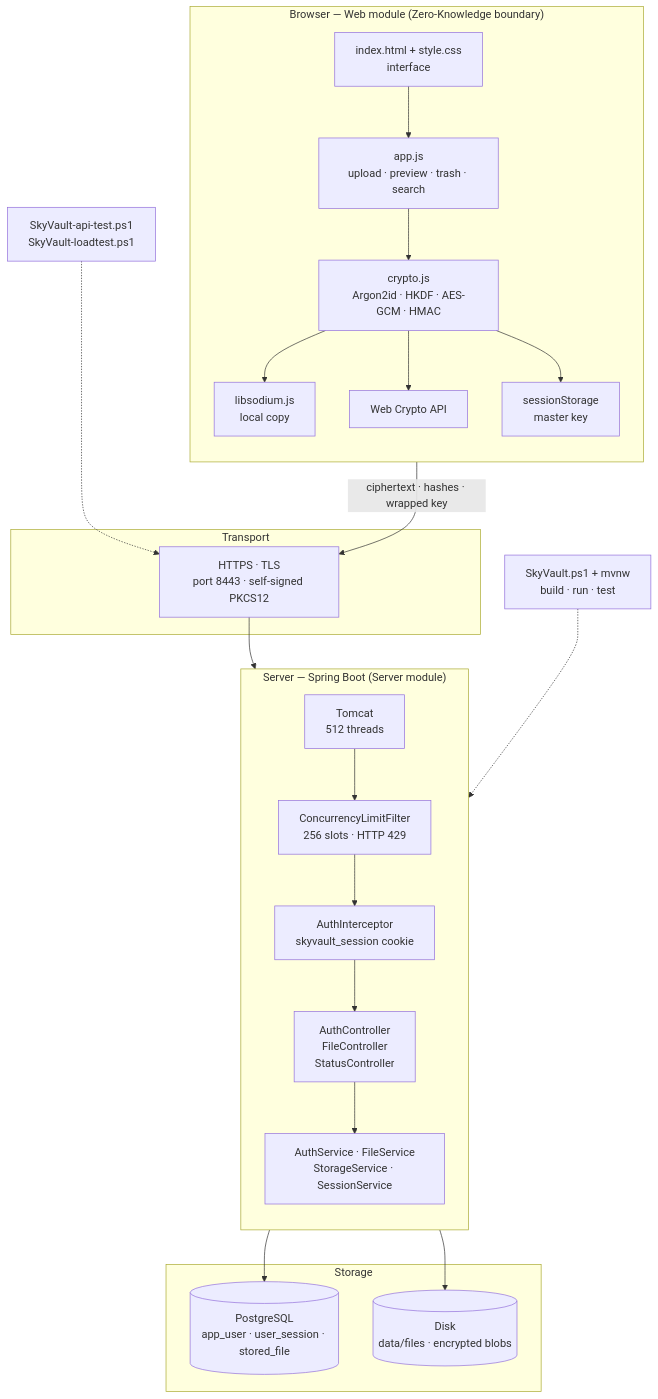
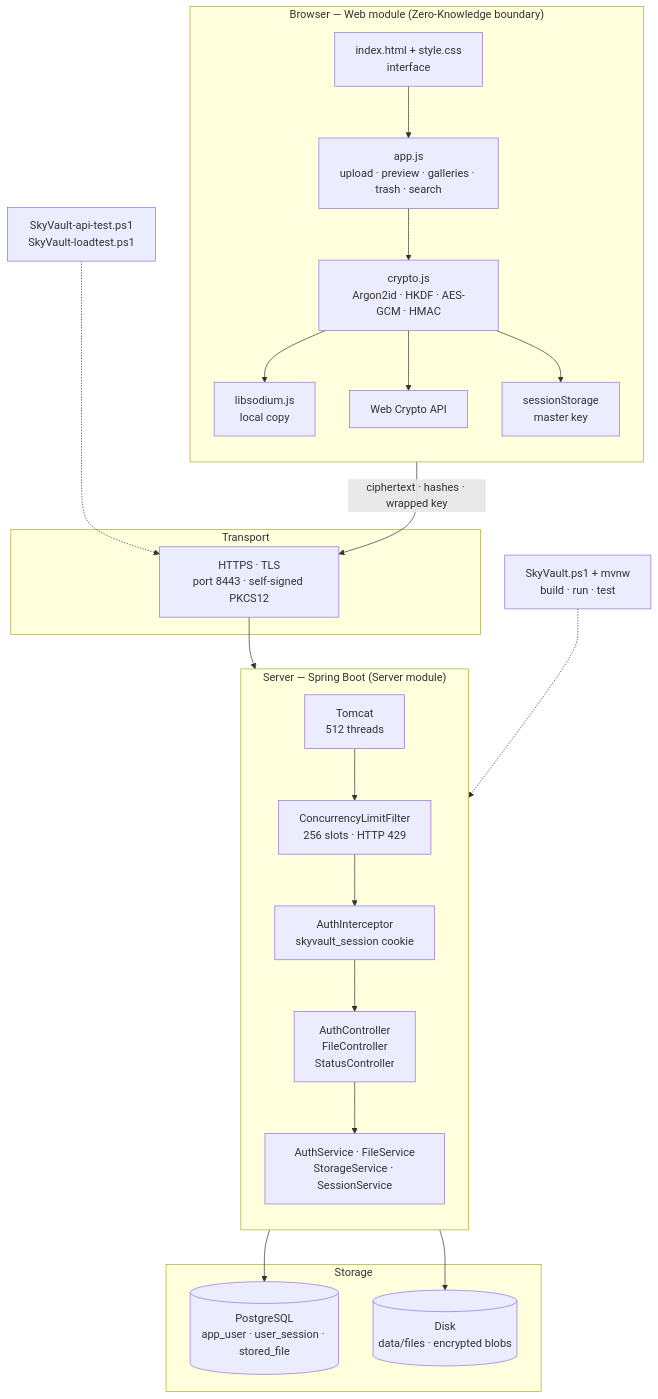
The first of 2 diagrams in README.md (AfroMurzynLover69/SkyVaultV2), drawn with Mermaid before and after one commit. The commit also changed other lines of this file and 22 other files, not shown here.

````diff
--- a/README.md
+++ b/README.md
@@ -57,49 +61,49 @@
 ```mermaid
 flowchart TB
     subgraph CLIENT["Browser — Web module (Zero-Knowledge boundary)"]
         direction TB
         UI["index.html + style.css<br/>interface"]
-        APP["app.js<br/>upload · preview · trash · search"]
+        APP["app.js<br/>upload · preview · galleries · trash · search"]
         CRYPTO["crypto.js<br/>Argon2id · HKDF · AES-GCM · HMAC"]
         SODIUM["libsodium.js<br/>local copy"]
         WEBCRYPTO["Web Crypto API"]
         SESSION["sessionStorage<br/>master key"]
         UI --> APP
         APP --> CRYPTO
         CRYPTO --> SODIUM
         CRYPTO --> WEBCRYPTO
         CRYPTO --> SESSION
     end
 
     subgraph TRANSPORT["Transport"]
         TLS["HTTPS · TLS<br/>port 8443 · self-signed PKCS12"]
     end
 
     subgraph SERVER["Server — Spring Boot (Server module)"]
         direction TB
         TOMCAT["Tomcat<br/>512 threads"]
         LIMIT["ConcurrencyLimitFilter<br/>256 slots · HTTP 429"]
         AUTH["AuthInterceptor<br/>skyvault_session cookie"]
         CTRL["AuthController<br/>FileController<br/>StatusController"]
         SERVICES["AuthService · FileService<br/>StorageService · SessionService"]
         TOMCAT --> LIMIT
         LIMIT --> AUTH
         AUTH --> CTRL
         CTRL --> SERVICES
     end
 
     subgraph STORAGE["Storage"]
         PG[("PostgreSQL<br/>app_user · user_session · stored_file")]
         DISK[("Disk<br/>data/files · encrypted blobs")]
     end
 
     LAUNCHER["SkyVault.ps1 + mvnw<br/>build · run · test"]
     TESTS["SkyVault-api-test.ps1<br/>SkyVault-loadtest.ps1"]
 
     CRYPTO -- "ciphertext · hashes · wrapped key" --> TLS
     TLS --> TOMCAT
     SERVICES --> PG
     SERVICES --> DISK
     LAUNCHER -.-> TOMCAT
     TESTS -.-> TLS
 ```
````
